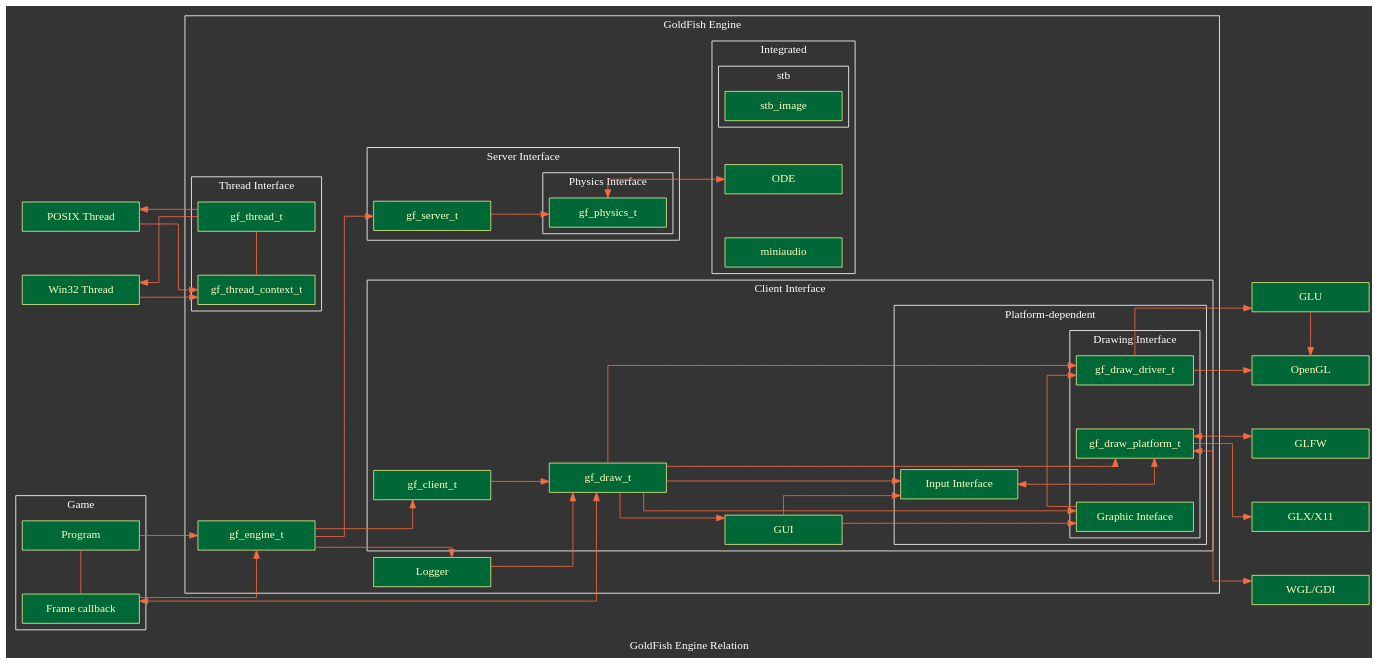
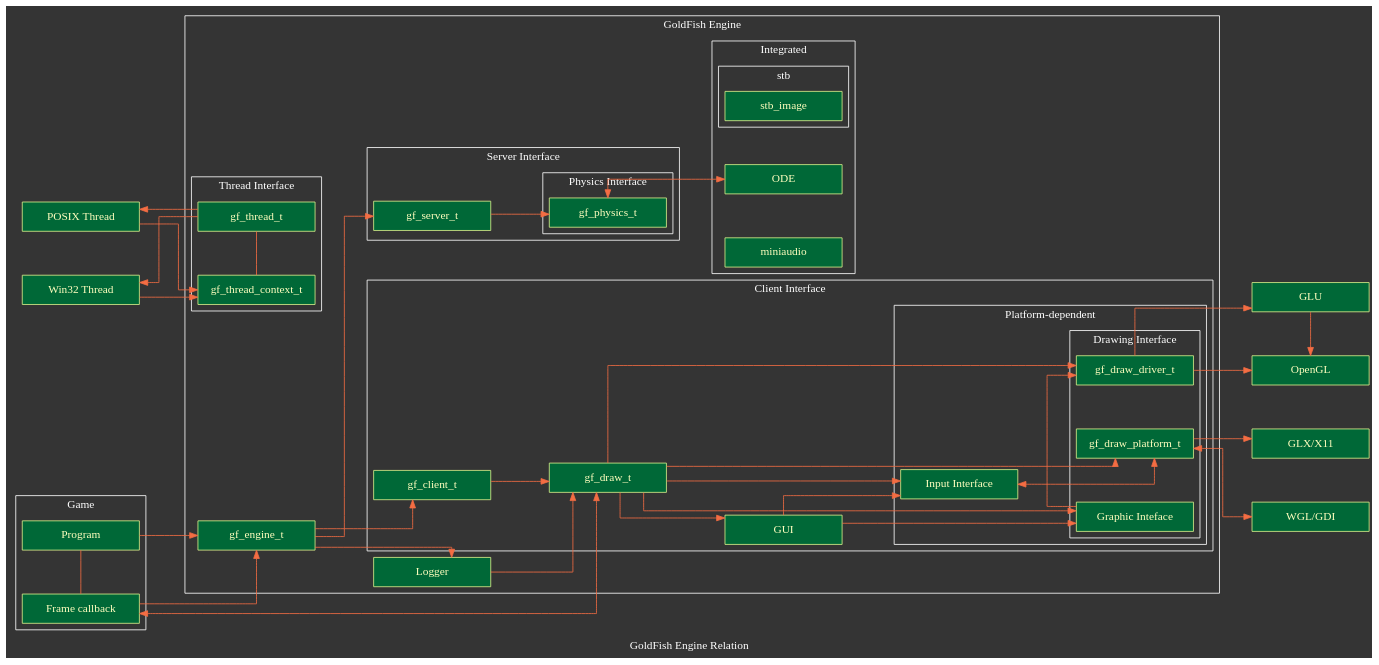
The diagram in engine/misc/relation.gv (pyrite-dev/nishbox), drawn with Graphviz before and after one commit. The commit also changed 7 other files, not shown here.

```diff
--- a/engine/misc/relation.gv
+++ b/engine/misc/relation.gv
@@ -37,9 +37,6 @@
 	];
 	glu [
 		label = "GLU"
-	];
-	glfw [
-		label = "GLFW"
 	];
 	glx [
 		label = "GLX/X11"
@@ -192,7 +189,7 @@
 
 	dp -> glx;
 
-	dp -> {wgl glfw} [ // These APIs are callback-based
+	dp -> {wgl} [ // These APIs are callback-based
 		dir = "both"
 	];
 
@@ -230,7 +227,7 @@
 	// Rank
 	{
 		rank = "same";
-		glx; wgl; glfw;
+		glx; wgl;
 	};
 
 	{
```
